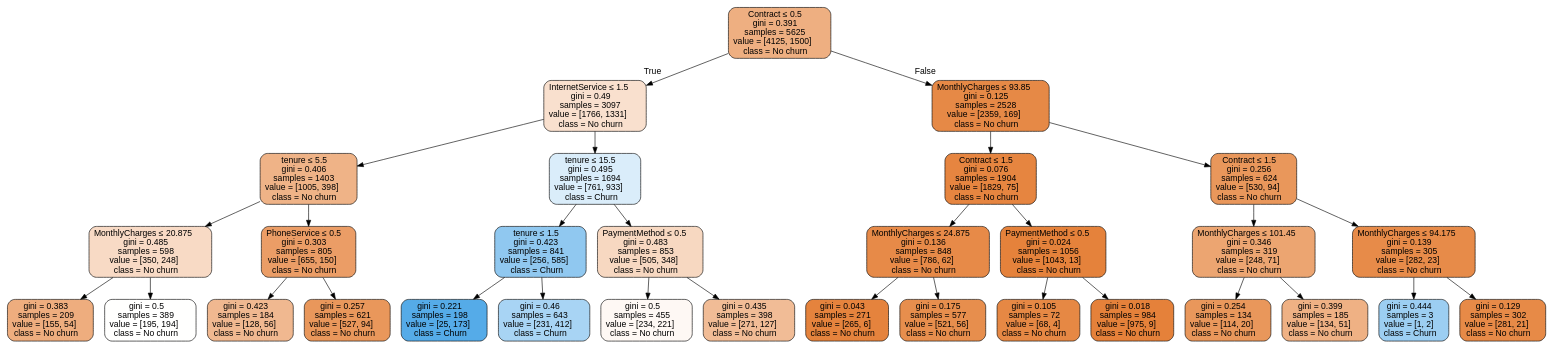
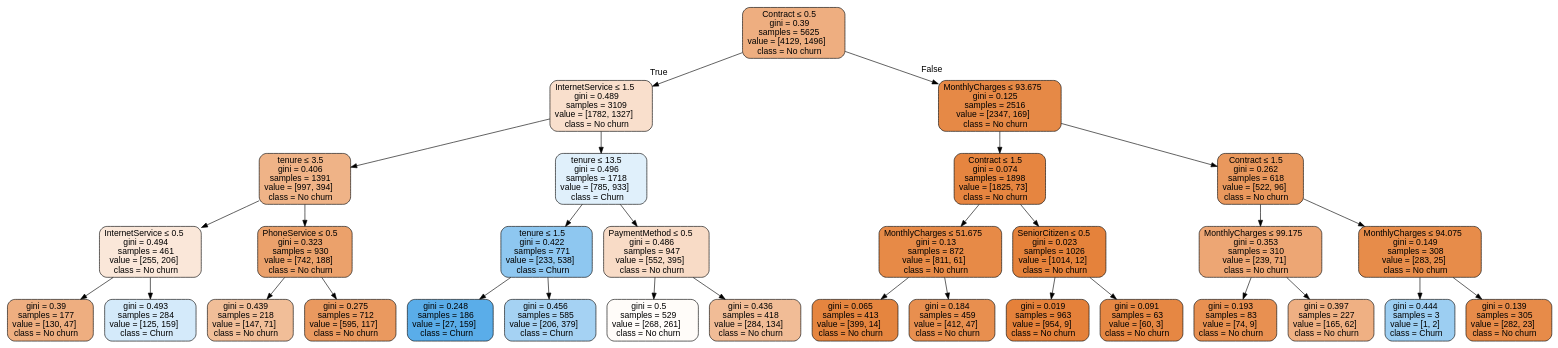
Before and after one commit to smarty1palak/Customer_Churn_Prediction: the diagram in decision_tree.gv, drawn with Graphviz. The commit also changed 5 other files, not shown here.

```diff
--- a/decision_tree.gv
+++ b/decision_tree.gv
@@ -1,65 +1,65 @@
 digraph Tree {
 node [shape=box, style="filled, rounded", color="black", fontname=helvetica] ;
 edge [fontname=helvetica] ;
-0 [label=<Contract &le; 0.5<br/>gini = 0.391<br/>samples = 5625<br/>value = [4125, 1500]<br/>class = No churn>, fillcolor="#e58139a2"] ;
-1 [label=<InternetService &le; 1.5<br/>gini = 0.49<br/>samples = 3097<br/>value = [1766, 1331]<br/>class = No churn>, fillcolor="#e581393f"] ;
+0 [label=<Contract &le; 0.5<br/>gini = 0.39<br/>samples = 5625<br/>value = [4129, 1496]<br/>class = No churn>, fillcolor="#e58139a3"] ;
+1 [label=<InternetService &le; 1.5<br/>gini = 0.489<br/>samples = 3109<br/>value = [1782, 1327]<br/>class = No churn>, fillcolor="#e5813941"] ;
 0 -> 1 [labeldistance=2.5, labelangle=45, headlabel="True"] ;
-2 [label=<tenure &le; 5.5<br/>gini = 0.406<br/>samples = 1403<br/>value = [1005, 398]<br/>class = No churn>, fillcolor="#e581399a"] ;
+2 [label=<tenure &le; 3.5<br/>gini = 0.406<br/>samples = 1391<br/>value = [997, 394]<br/>class = No churn>, fillcolor="#e581399a"] ;
 1 -> 2 ;
-3 [label=<MonthlyCharges &le; 20.875<br/>gini = 0.485<br/>samples = 598<br/>value = [350, 248]<br/>class = No churn>, fillcolor="#e581394a"] ;
+3 [label=<InternetService &le; 0.5<br/>gini = 0.494<br/>samples = 461<br/>value = [255, 206]<br/>class = No churn>, fillcolor="#e5813931"] ;
 2 -> 3 ;
-4 [label=<gini = 0.383<br/>samples = 209<br/>value = [155, 54]<br/>class = No churn>, fillcolor="#e58139a6"] ;
+4 [label=<gini = 0.39<br/>samples = 177<br/>value = [130, 47]<br/>class = No churn>, fillcolor="#e58139a3"] ;
 3 -> 4 ;
-5 [label=<gini = 0.5<br/>samples = 389<br/>value = [195, 194]<br/>class = No churn>, fillcolor="#e5813901"] ;
+5 [label=<gini = 0.493<br/>samples = 284<br/>value = [125, 159]<br/>class = Churn>, fillcolor="#399de537"] ;
 3 -> 5 ;
-6 [label=<PhoneService &le; 0.5<br/>gini = 0.303<br/>samples = 805<br/>value = [655, 150]<br/>class = No churn>, fillcolor="#e58139c5"] ;
+6 [label=<PhoneService &le; 0.5<br/>gini = 0.323<br/>samples = 930<br/>value = [742, 188]<br/>class = No churn>, fillcolor="#e58139be"] ;
 2 -> 6 ;
-7 [label=<gini = 0.423<br/>samples = 184<br/>value = [128, 56]<br/>class = No churn>, fillcolor="#e581398f"] ;
+7 [label=<gini = 0.439<br/>samples = 218<br/>value = [147, 71]<br/>class = No churn>, fillcolor="#e5813984"] ;
 6 -> 7 ;
-8 [label=<gini = 0.257<br/>samples = 621<br/>value = [527, 94]<br/>class = No churn>, fillcolor="#e58139d2"] ;
+8 [label=<gini = 0.275<br/>samples = 712<br/>value = [595, 117]<br/>class = No churn>, fillcolor="#e58139cd"] ;
 6 -> 8 ;
-9 [label=<tenure &le; 15.5<br/>gini = 0.495<br/>samples = 1694<br/>value = [761, 933]<br/>class = Churn>, fillcolor="#399de52f"] ;
+9 [label=<tenure &le; 13.5<br/>gini = 0.496<br/>samples = 1718<br/>value = [785, 933]<br/>class = Churn>, fillcolor="#399de528"] ;
 1 -> 9 ;
-10 [label=<tenure &le; 1.5<br/>gini = 0.423<br/>samples = 841<br/>value = [256, 585]<br/>class = Churn>, fillcolor="#399de58f"] ;
+10 [label=<tenure &le; 1.5<br/>gini = 0.422<br/>samples = 771<br/>value = [233, 538]<br/>class = Churn>, fillcolor="#399de591"] ;
 9 -> 10 ;
-11 [label=<gini = 0.221<br/>samples = 198<br/>value = [25, 173]<br/>class = Churn>, fillcolor="#399de5da"] ;
+11 [label=<gini = 0.248<br/>samples = 186<br/>value = [27, 159]<br/>class = Churn>, fillcolor="#399de5d4"] ;
 10 -> 11 ;
-12 [label=<gini = 0.46<br/>samples = 643<br/>value = [231, 412]<br/>class = Churn>, fillcolor="#399de570"] ;
+12 [label=<gini = 0.456<br/>samples = 585<br/>value = [206, 379]<br/>class = Churn>, fillcolor="#399de574"] ;
 10 -> 12 ;
-13 [label=<PaymentMethod &le; 0.5<br/>gini = 0.483<br/>samples = 853<br/>value = [505, 348]<br/>class = No churn>, fillcolor="#e581394f"] ;
+13 [label=<PaymentMethod &le; 0.5<br/>gini = 0.486<br/>samples = 947<br/>value = [552, 395]<br/>class = No churn>, fillcolor="#e5813949"] ;
 9 -> 13 ;
-14 [label=<gini = 0.5<br/>samples = 455<br/>value = [234, 221]<br/>class = No churn>, fillcolor="#e581390e"] ;
+14 [label=<gini = 0.5<br/>samples = 529<br/>value = [268, 261]<br/>class = No churn>, fillcolor="#e5813907"] ;
 13 -> 14 ;
-15 [label=<gini = 0.435<br/>samples = 398<br/>value = [271, 127]<br/>class = No churn>, fillcolor="#e5813987"] ;
+15 [label=<gini = 0.436<br/>samples = 418<br/>value = [284, 134]<br/>class = No churn>, fillcolor="#e5813987"] ;
 13 -> 15 ;
-16 [label=<MonthlyCharges &le; 93.85<br/>gini = 0.125<br/>samples = 2528<br/>value = [2359, 169]<br/>class = No churn>, fillcolor="#e58139ed"] ;
+16 [label=<MonthlyCharges &le; 93.675<br/>gini = 0.125<br/>samples = 2516<br/>value = [2347, 169]<br/>class = No churn>, fillcolor="#e58139ed"] ;
 0 -> 16 [labeldistance=2.5, labelangle=-45, headlabel="False"] ;
-17 [label=<Contract &le; 1.5<br/>gini = 0.076<br/>samples = 1904<br/>value = [1829, 75]<br/>class = No churn>, fillcolor="#e58139f5"] ;
+17 [label=<Contract &le; 1.5<br/>gini = 0.074<br/>samples = 1898<br/>value = [1825, 73]<br/>class = No churn>, fillcolor="#e58139f5"] ;
 16 -> 17 ;
-18 [label=<MonthlyCharges &le; 24.875<br/>gini = 0.136<br/>samples = 848<br/>value = [786, 62]<br/>class = No churn>, fillcolor="#e58139eb"] ;
+18 [label=<MonthlyCharges &le; 51.675<br/>gini = 0.13<br/>samples = 872<br/>value = [811, 61]<br/>class = No churn>, fillcolor="#e58139ec"] ;
 17 -> 18 ;
-19 [label=<gini = 0.043<br/>samples = 271<br/>value = [265, 6]<br/>class = No churn>, fillcolor="#e58139f9"] ;
+19 [label=<gini = 0.065<br/>samples = 413<br/>value = [399, 14]<br/>class = No churn>, fillcolor="#e58139f6"] ;
 18 -> 19 ;
-20 [label=<gini = 0.175<br/>samples = 577<br/>value = [521, 56]<br/>class = No churn>, fillcolor="#e58139e4"] ;
+20 [label=<gini = 0.184<br/>samples = 459<br/>value = [412, 47]<br/>class = No churn>, fillcolor="#e58139e2"] ;
 18 -> 20 ;
-21 [label=<PaymentMethod &le; 0.5<br/>gini = 0.024<br/>samples = 1056<br/>value = [1043, 13]<br/>class = No churn>, fillcolor="#e58139fc"] ;
+21 [label=<SeniorCitizen &le; 0.5<br/>gini = 0.023<br/>samples = 1026<br/>value = [1014, 12]<br/>class = No churn>, fillcolor="#e58139fc"] ;
 17 -> 21 ;
-22 [label=<gini = 0.105<br/>samples = 72<br/>value = [68, 4]<br/>class = No churn>, fillcolor="#e58139f0"] ;
+22 [label=<gini = 0.019<br/>samples = 963<br/>value = [954, 9]<br/>class = No churn>, fillcolor="#e58139fd"] ;
 21 -> 22 ;
-23 [label=<gini = 0.018<br/>samples = 984<br/>value = [975, 9]<br/>class = No churn>, fillcolor="#e58139fd"] ;
+23 [label=<gini = 0.091<br/>samples = 63<br/>value = [60, 3]<br/>class = No churn>, fillcolor="#e58139f2"] ;
 21 -> 23 ;
-24 [label=<Contract &le; 1.5<br/>gini = 0.256<br/>samples = 624<br/>value = [530, 94]<br/>class = No churn>, fillcolor="#e58139d2"] ;
+24 [label=<Contract &le; 1.5<br/>gini = 0.262<br/>samples = 618<br/>value = [522, 96]<br/>class = No churn>, fillcolor="#e58139d0"] ;
 16 -> 24 ;
-25 [label=<MonthlyCharges &le; 101.45<br/>gini = 0.346<br/>samples = 319<br/>value = [248, 71]<br/>class = No churn>, fillcolor="#e58139b6"] ;
+25 [label=<MonthlyCharges &le; 99.175<br/>gini = 0.353<br/>samples = 310<br/>value = [239, 71]<br/>class = No churn>, fillcolor="#e58139b3"] ;
 24 -> 25 ;
-26 [label=<gini = 0.254<br/>samples = 134<br/>value = [114, 20]<br/>class = No churn>, fillcolor="#e58139d2"] ;
+26 [label=<gini = 0.193<br/>samples = 83<br/>value = [74, 9]<br/>class = No churn>, fillcolor="#e58139e0"] ;
 25 -> 26 ;
-27 [label=<gini = 0.399<br/>samples = 185<br/>value = [134, 51]<br/>class = No churn>, fillcolor="#e581399e"] ;
+27 [label=<gini = 0.397<br/>samples = 227<br/>value = [165, 62]<br/>class = No churn>, fillcolor="#e581399f"] ;
 25 -> 27 ;
-28 [label=<MonthlyCharges &le; 94.175<br/>gini = 0.139<br/>samples = 305<br/>value = [282, 23]<br/>class = No churn>, fillcolor="#e58139ea"] ;
+28 [label=<MonthlyCharges &le; 94.075<br/>gini = 0.149<br/>samples = 308<br/>value = [283, 25]<br/>class = No churn>, fillcolor="#e58139e8"] ;
 24 -> 28 ;
 29 [label=<gini = 0.444<br/>samples = 3<br/>value = [1, 2]<br/>class = Churn>, fillcolor="#399de57f"] ;
 28 -> 29 ;
-30 [label=<gini = 0.129<br/>samples = 302<br/>value = [281, 21]<br/>class = No churn>, fillcolor="#e58139ec"] ;
+30 [label=<gini = 0.139<br/>samples = 305<br/>value = [282, 23]<br/>class = No churn>, fillcolor="#e58139ea"] ;
 28 -> 30 ;
 }
```
